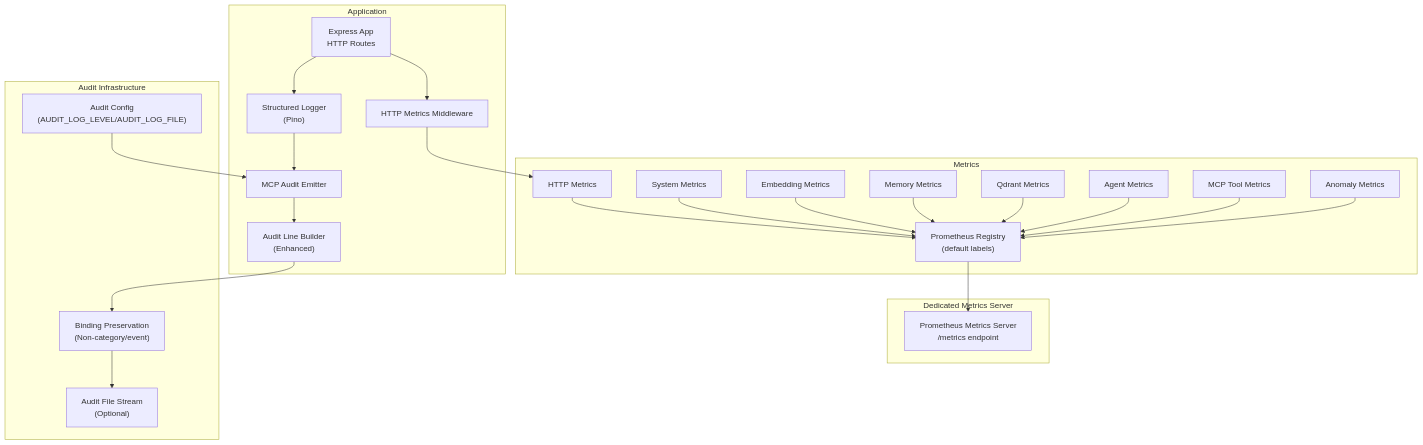
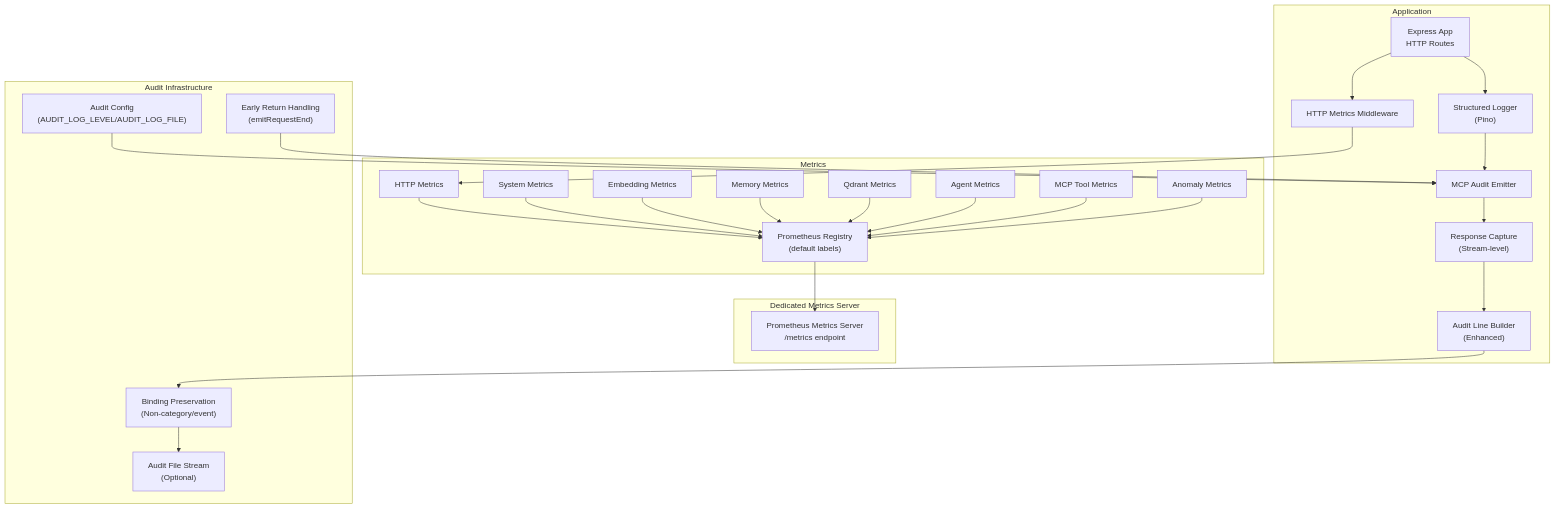
Before and after one commit to debian777/kairos-mcp: the first of 7 diagrams in .qoder/repowiki/en/content/Monitoring & Observability.md, drawn with Mermaid. The commit also changed other lines of this file and 5 other files, not shown here.

First line of the commit message:
fix(audit): capture response at transport.send() level

````diff
--- a/.qoder/repowiki/en/content/Monitoring & Observability.md
+++ b/.qoder/repowiki/en/content/Monitoring & Observability.md
@@ -60,46 +60,50 @@
 ```mermaid
 graph TB
 subgraph "Application"
 A["Express App<br/>HTTP Routes"]
 M["HTTP Metrics Middleware"]
 S["Structured Logger<br/>(Pino)"]
 AE["MCP Audit Emitter"]
+RC["Response Capture<br/>(Stream-level)"]
 ALS["Audit Line Builder<br/>(Enhanced)"]
 end
 subgraph "Metrics"
 R["Prometheus Registry<br/>(default labels)"]
 MS["System Metrics"]
 MH["HTTP Metrics"]
 ME["Embedding Metrics"]
 MM["Memory Metrics"]
 MQ["Qdrant Metrics"]
 MA["Agent Metrics"]
 MI["MCP Tool Metrics"]
 AN["Anomaly Metrics"]
 end
 subgraph "Dedicated Metrics Server"
 P["Prometheus Metrics Server<br/>/metrics endpoint"]
 end
 subgraph "Audit Infrastructure"
 AF["Audit File Stream<br/>(Optional)"]
 AC["Audit Config<br/>(AUDIT_LOG_LEVEL/AUDIT_LOG_FILE)"]
 BP["Binding Preservation<br/>(Non-category/event)"]
+ER["Early Return Handling<br/>(emitRequestEnd)"]
 end
 A --> M
 M --> MH
 A --> S
 S --> AE
-AE --> ALS
+AE --> RC
+RC --> ALS
 ALS --> BP
 BP --> AF
 AC --> AE
+ER --> AE
 MH --> R
 MS --> R
 ME --> R
 MM --> R
 MQ --> R
 MA --> R
 MI --> R
 AN --> R
 R --> P
 ```
````
